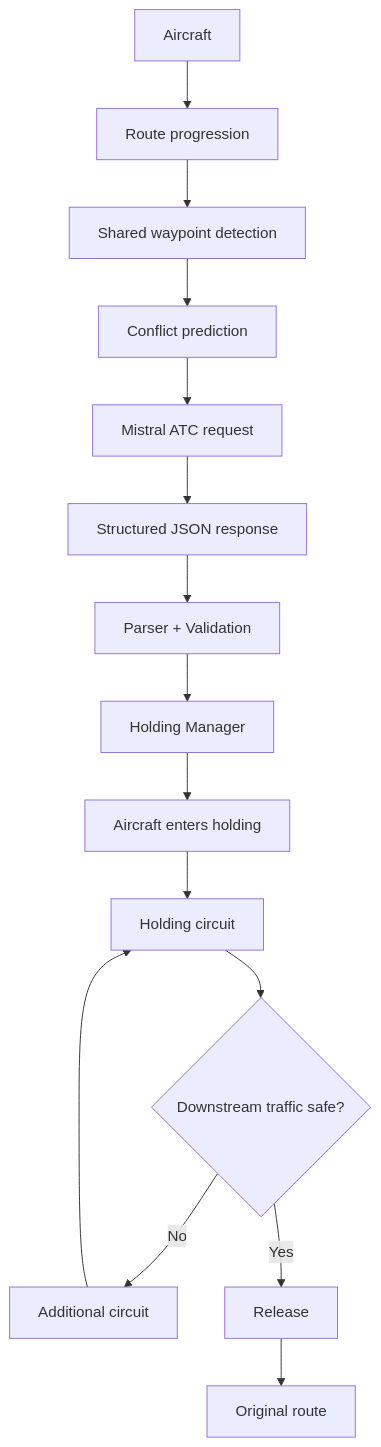
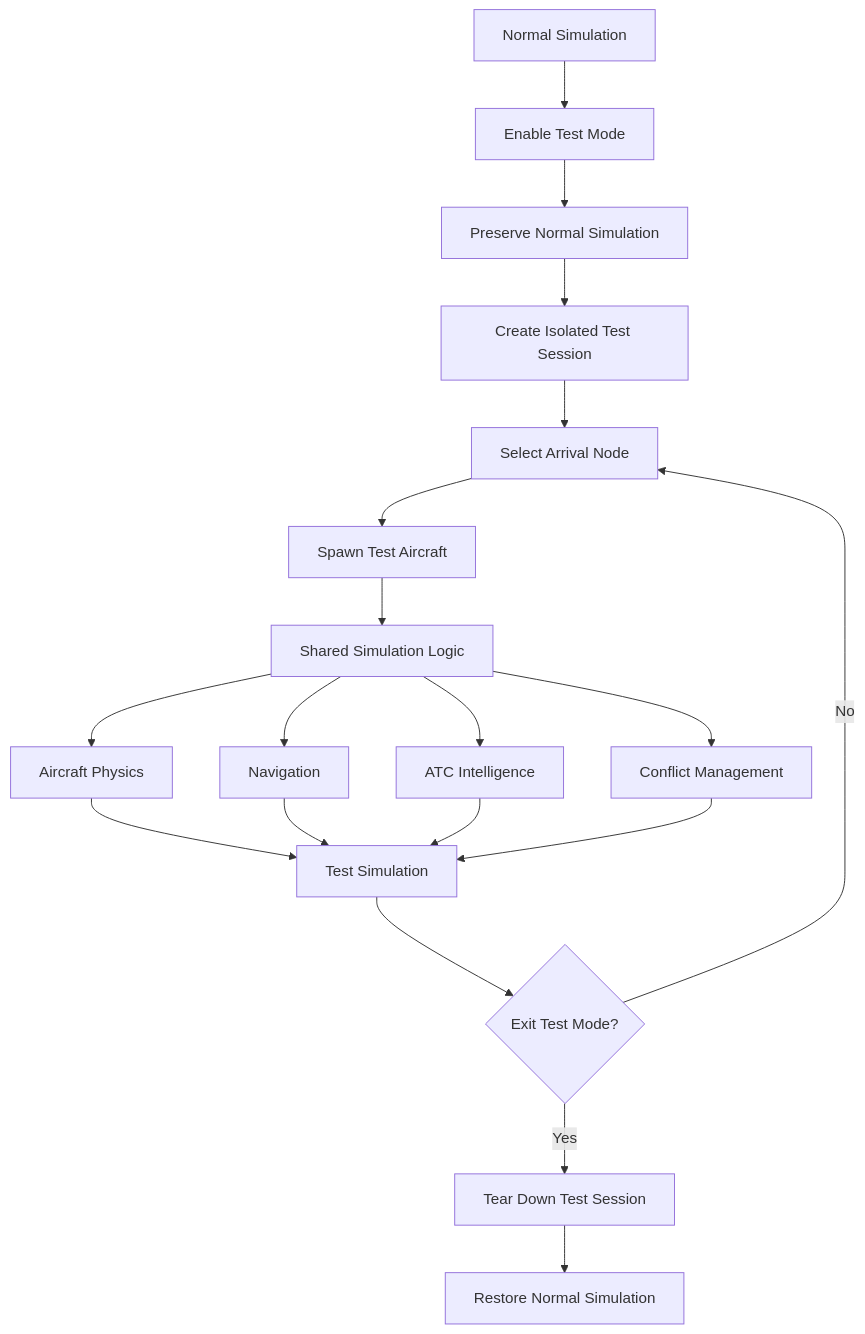
Before and after one commit to SK25397938/AviAi2: diagram 13 of 14 in README.md, drawn with Mermaid. The commit also changed other lines of this file, not shown here.

````diff
--- a/README.md
+++ b/README.md
@@ -301,16 +657,24 @@
 ```mermaid
 flowchart TD
-    A[Aircraft] --> B[Route progression]
-    B --> C[Shared waypoint detection]
-    C --> D[Conflict prediction]
-    D --> E[Mistral ATC request]
-    E --> F[Structured JSON response]
-    F --> G[Parser + Validation]
-    G --> H[Holding Manager]
-    H --> I[Aircraft enters holding]
-    I --> J[Holding circuit]
-    J --> K{Downstream traffic safe?}
-    K -- No --> L[Additional circuit] --> J
-    K -- Yes --> M[Release]
-    M --> N[Original route]
+    A["Normal Simulation"] --> B["Enable Test Mode"]
+    B --> C["Preserve Normal Simulation"]
+    C --> D["Create Isolated Test Session"]
+    D --> E["Select Arrival Node"]
+    E --> F["Spawn Test Aircraft"]
+
+    F --> G["Shared Simulation Logic"]
+    G --> H["Aircraft Physics"]
+    G --> I["Navigation"]
+    G --> J["ATC Intelligence"]
+    G --> K["Conflict Management"]
+
+    H --> L["Test Simulation"]
+    I --> L
+    J --> L
+    K --> L
+
+    L --> M{"Exit Test Mode?"}
+    M -->|No| E
+    M -->|Yes| N["Tear Down Test Session"]
+    N --> O["Restore Normal Simulation"]
 ```
````
